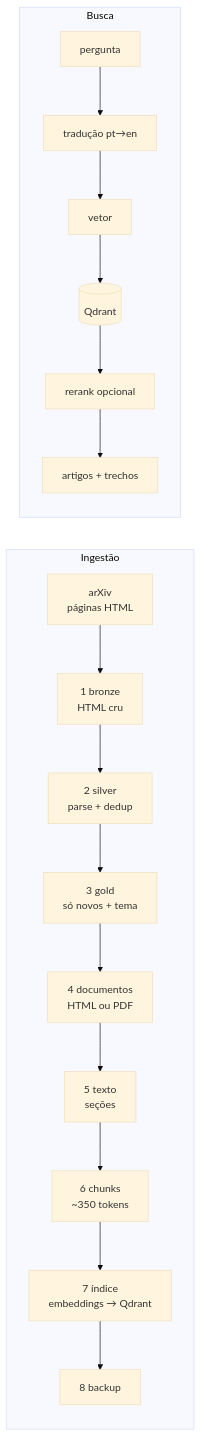
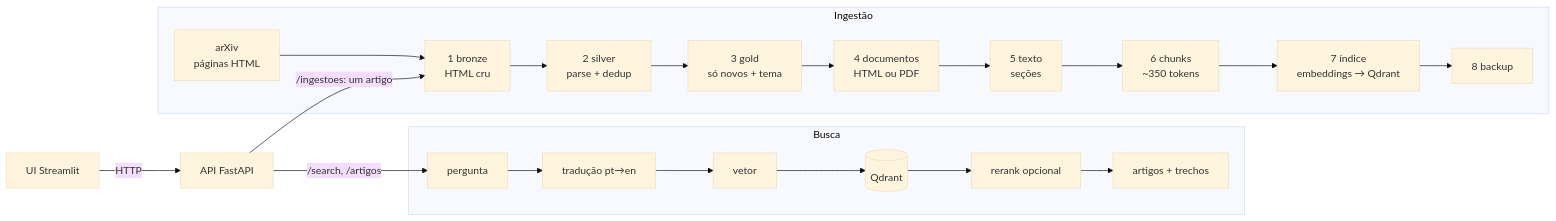
The diagram in README.md (deiveleal/vectordb-didatico), drawn with Mermaid (base theme) before and after one commit. The commit also changed other lines of this file and 20 other files, not shown here.

First line of the commit message:
UI Streamlit (busca e insercao) falando so com a API

````diff
--- a/README.md
+++ b/README.md
@@ -17,16 +22,19 @@
 ```mermaid
 flowchart LR
     subgraph Ingestão
         A[arXiv<br/>páginas HTML] --> B[1 bronze<br/>HTML cru]
         B --> C[2 silver<br/>parse + dedup]
         C --> D[3 gold<br/>só novos + tema]
         D --> E[4 documentos<br/>HTML ou PDF]
         E --> F[5 texto<br/>seções]
         F --> G[6 chunks<br/>~350 tokens]
         G --> H[7 índice<br/>embeddings → Qdrant]
         H --> I[8 backup]
     end
     subgraph Busca
         P[pergunta] --> T[tradução pt→en] --> V[vetor] --> Q[(Qdrant)] --> R[rerank opcional] --> S[artigos + trechos]
     end
+    UI[UI Streamlit] -- HTTP --> API[API FastAPI]
+    API -- /search, /artigos --> P
+    API -- /ingestoes: um artigo --> B
 ```
````
